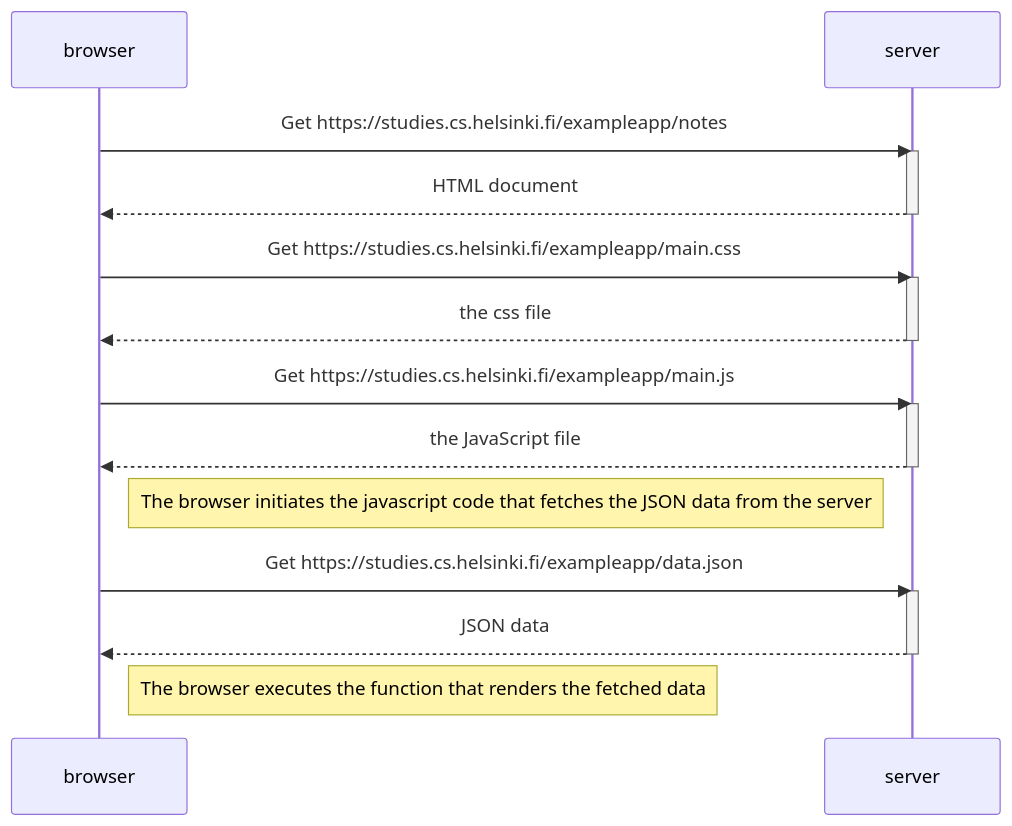
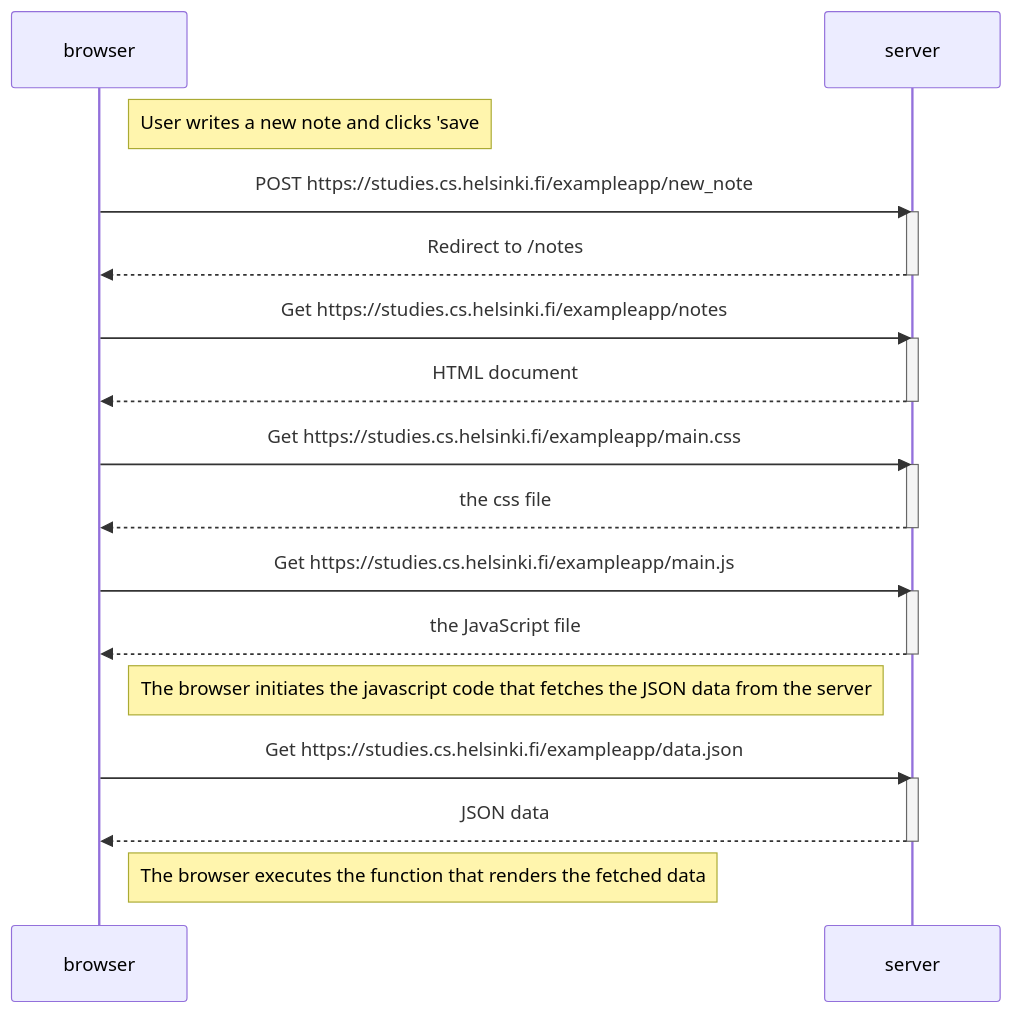
The diagram in exercise4.md (Fabian-007/fullstackopen-part0), drawn with Mermaid before and after one commit. The commit also changed other lines of this file, not shown here.

Commit message:
Update exercise4.md
Add user input to the sequence diagram

````diff
--- a/exercise4.md
+++ b/exercise4.md
@@ -1,29 +1,37 @@
 ``` mermaid
 sequenceDiagram
     participant browser
     participant server
+
+   Note right of browser: User writes a new note and clicks 'save
+    browser ->> server: POST https://studies.cs.helsinki.fi/exampleapp/new_note
+    activate server
+    server -->> browser: Redirect to /notes
+    deactivate server
+   
+
 
 browser ->> server: Get https://studies.cs.helsinki.fi/exampleapp/notes
 activate server
 server -->> browser: HTML document
 deactivate server
 
 browser ->> server: Get https://studies.cs.helsinki.fi/exampleapp/main.css
 activate server
 server -->> browser: the css file 
 deactivate server
 
 browser ->> server: Get https://studies.cs.helsinki.fi/exampleapp/main.js
 activate server
 server -->> browser: the JavaScript file 
 deactivate server
 
 Note right of browser: The browser initiates the javascript  code that fetches the JSON data from the server
 
 browser ->> server: Get https://studies.cs.helsinki.fi/exampleapp/data.json
 activate server
 server -->> browser: JSON data 
 deactivate server
 
 Note right of browser: The browser executes the function that renders the fetched data 
 ```
````
